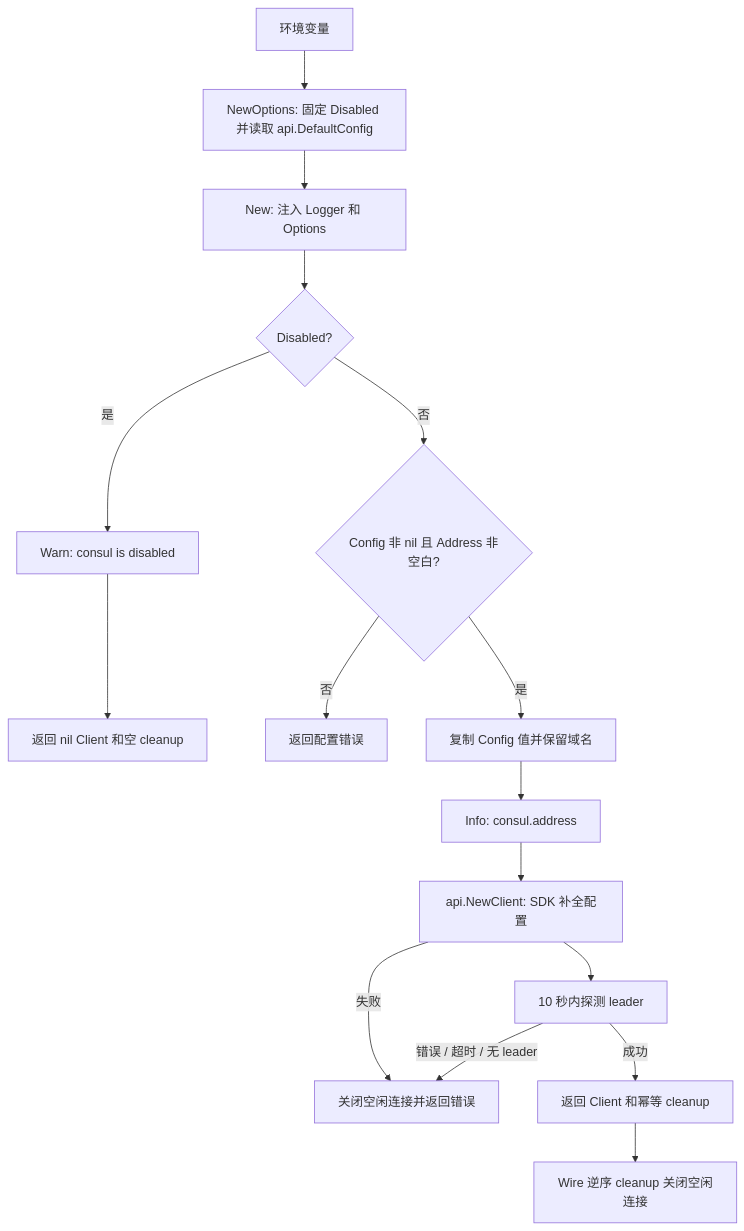
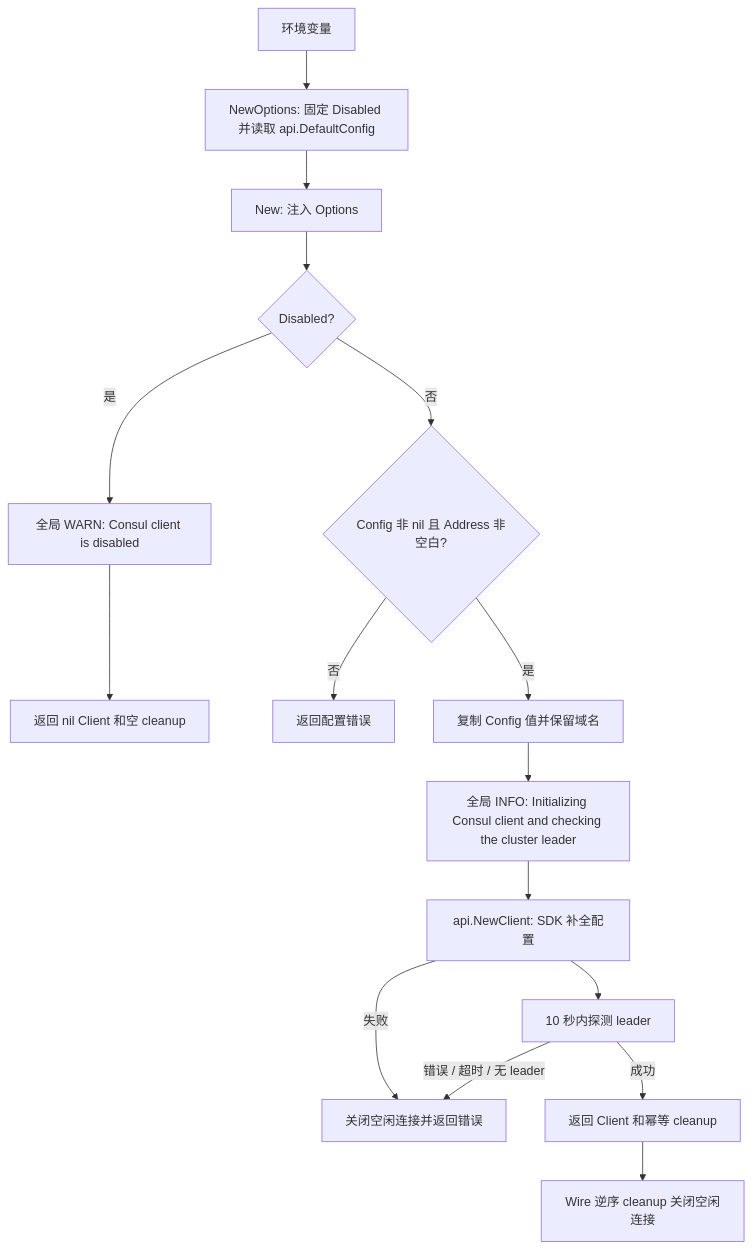
Before and after one commit to jaggerzhuang1994/kratos-foundation: the diagram in pkg/consul/README.md, drawn with Mermaid. The commit also changed other lines of this file and 96 other files, not shown here.

````diff
--- a/pkg/consul/README.md
+++ b/pkg/consul/README.md
@@ -31,18 +34,18 @@
 ```mermaid
 flowchart TD
     A[环境变量] --> B[NewOptions: 固定 Disabled 并读取 api.DefaultConfig]
-    B --> C[New: 注入 Logger 和 Options]
+    B --> C[New: 注入 Options]
     C --> D{Disabled?}
-    D -->|是| E[Warn: consul is disabled]
+    D -->|是| E[全局 WARN: Consul client is disabled]
     E --> F[返回 nil Client 和空 cleanup]
     D -->|否| G{Config 非 nil 且 Address 非空白?}
     G -->|否| H[返回配置错误]
     G -->|是| I[复制 Config 值并保留域名]
-    I --> J[Info: consul.address]
+    I --> J[全局 INFO: Initializing Consul client and checking the cluster leader]
     J --> K[api.NewClient: SDK 补全配置]
     K -->|失败| L[关闭空闲连接并返回错误]
     K --> M[10 秒内探测 leader]
     M -->|错误 / 超时 / 无 leader| L
     M -->|成功| N[返回 Client 和幂等 cleanup]
     N --> O[Wire 逆序 cleanup 关闭空闲连接]
 ```
````
